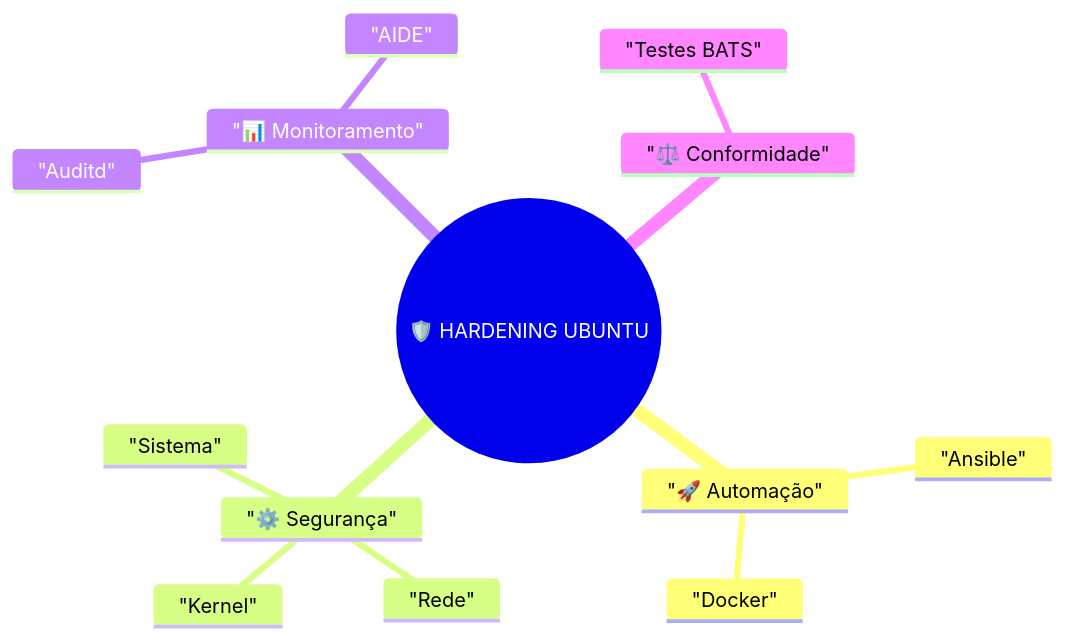
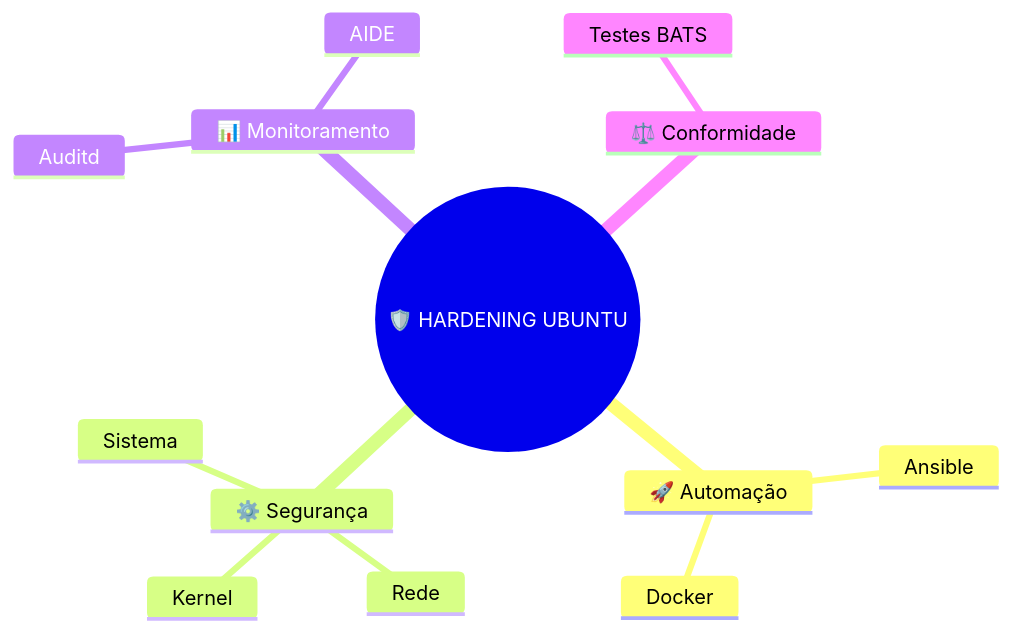
Before and after one commit to maurocapuanopy-source/hardening: the first of 2 diagrams in docs/index.md, drawn with Mermaid. The commit also changed 1 other file, not shown here.

Commit message:
fix: simplify mermaid mindmap syntax and fix indentation

````diff
--- a/docs/index.md
+++ b/docs/index.md
@@ -51,16 +51,16 @@
 ```mermaid
 mindmap
-  root(("🛡️ HARDENING UBUNTU"))
-    "🚀 Automação"
-      "Ansible"
-      "Docker"
-    "⚙️ Segurança"
-      "Kernel"
-      "Rede"
-      "Sistema"
-    "📊 Monitoramento"
-      "Auditd"
-      "AIDE"
-    "⚖️ Conformidade"
-      "Testes BATS"
+  root((🛡️ HARDENING UBUNTU))
+    🚀 Automação
+      Ansible
+      Docker
+    ⚙️ Segurança
+      Kernel
+      Rede
+      Sistema
+    📊 Monitoramento
+      Auditd
+      AIDE
+    ⚖️ Conformidade
+      Testes BATS
 ```
````
